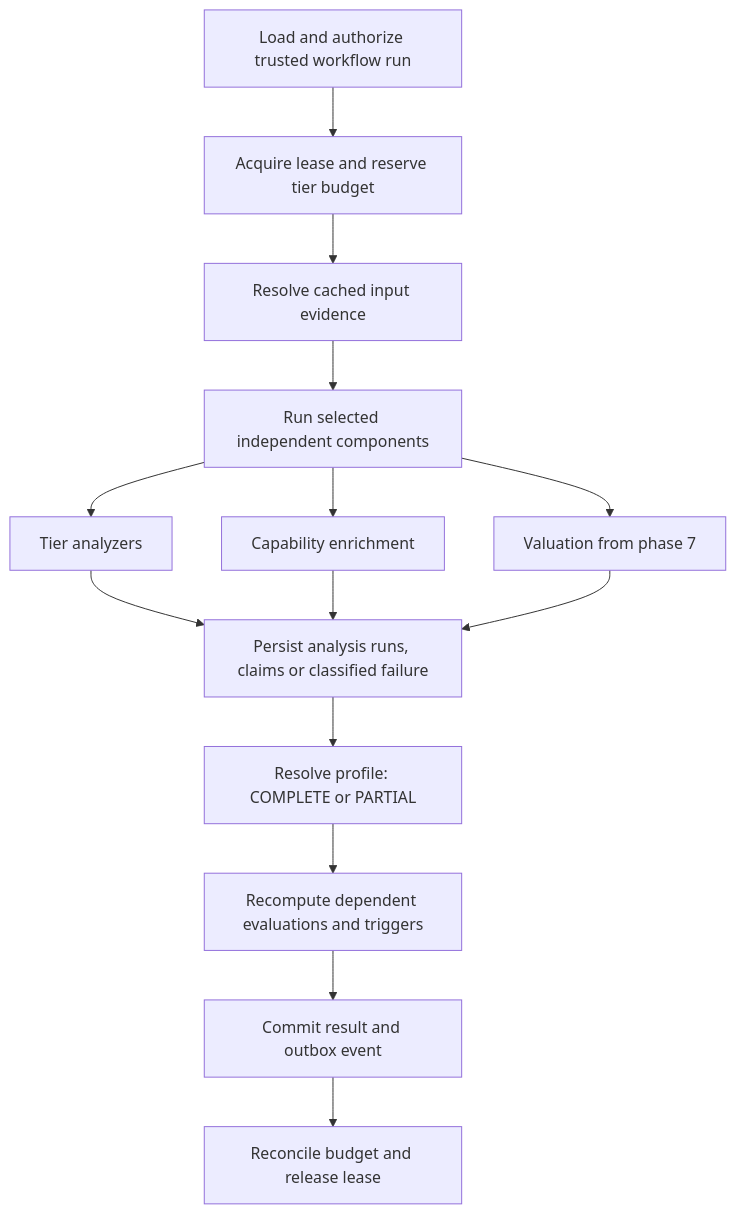
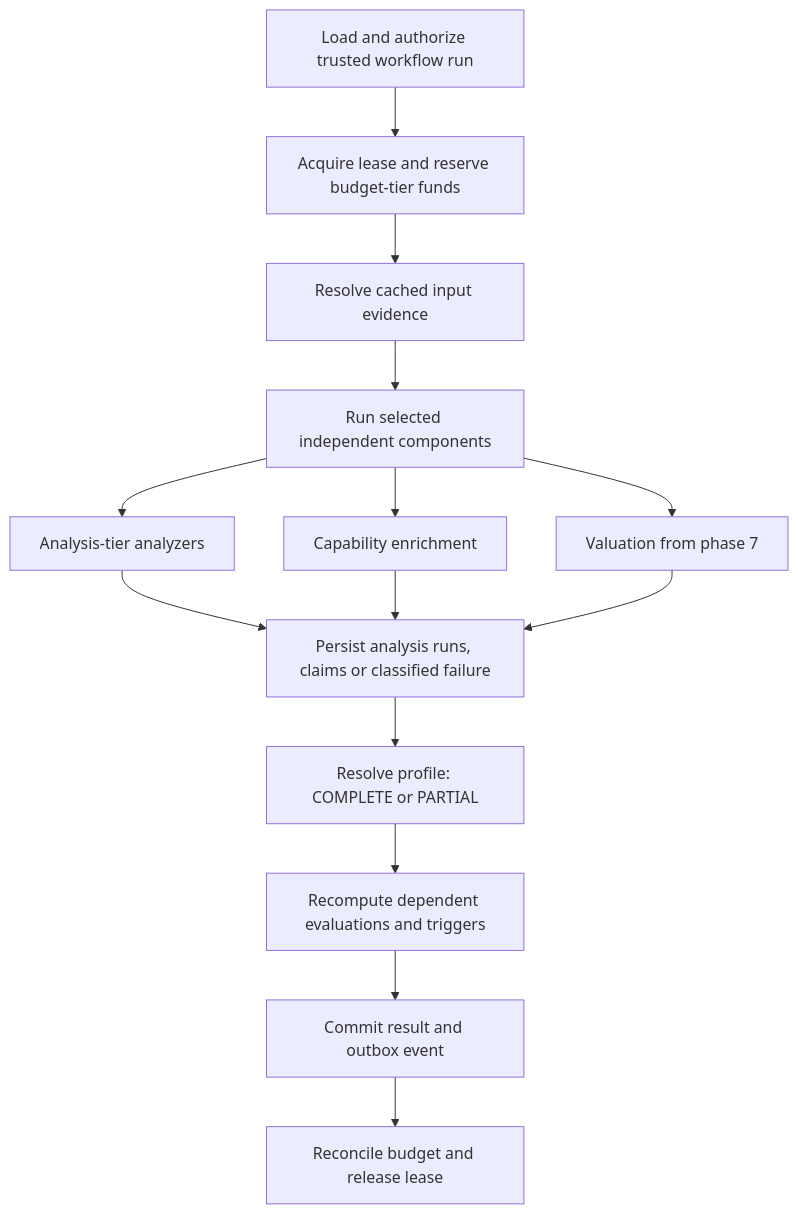
Diagram 29 of 29 in specs/property-focus/master-plan.md (robsgreen/property-focus), drawn with Mermaid before and after one commit. The commit also changed other lines of this file, not shown here.

````diff
--- a/specs/property-focus/master-plan.md
+++ b/specs/property-focus/master-plan.md
@@ -1498,16 +1555,16 @@
 ```mermaid
 flowchart TD
-    Load[Load and authorize trusted workflow run] --> Acquire[Acquire lease and reserve tier budget]
+    Load[Load and authorize trusted workflow run] --> Acquire[Acquire lease and reserve budget-tier funds]
     Acquire --> Inputs[Resolve cached input evidence]
     Inputs --> Parallel[Run selected independent components]
-    Parallel --> Analyzers[Tier analyzers]
+    Parallel --> Analyzers[Analysis-tier analyzers]
     Parallel --> Enrich[Capability enrichment]
     Parallel --> Valuation[Valuation from phase 7]
     Analyzers --> Persist[Persist analysis runs, claims or classified failure]
     Enrich --> Persist
     Valuation --> Persist
     Persist --> Assemble[Resolve profile: COMPLETE or PARTIAL]
     Assemble --> Evaluate[Recompute dependent evaluations and triggers]
     Evaluate --> Commit[Commit result and outbox event]
     Commit --> Release[Reconcile budget and release lease]
 ```
````
